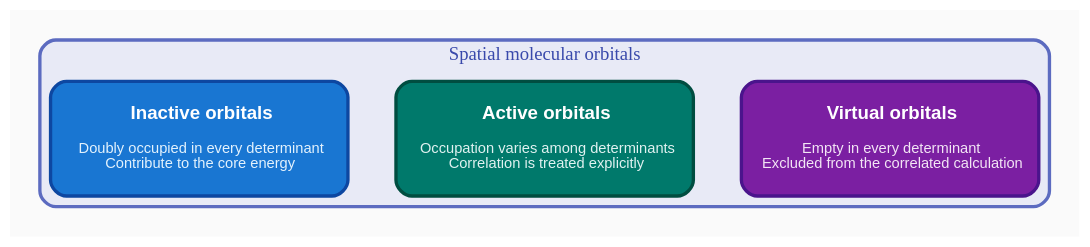
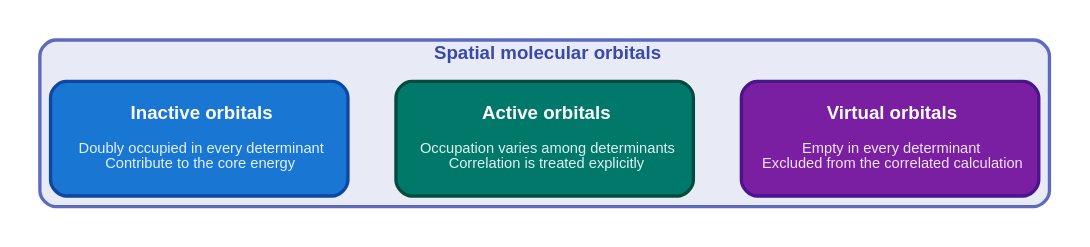
The diagram in docs/_static/diagrams/tutorial_qpe_orbital_partition.dot (microsoft/qdk-chemistry), drawn with Graphviz before and after one commit. The commit also changed 594 other files, not shown here.

```diff
--- a/docs/_static/diagrams/tutorial_qpe_orbital_partition.dot
+++ b/docs/_static/diagrams/tutorial_qpe_orbital_partition.dot
@@ -1,29 +1,29 @@
 digraph TutorialQpeOrbitalPartition {
     rankdir=LR;
     nodesep=0.45;
     overlap=false;
     pad=0.2;
-    bgcolor="#FAFAFA";
+    bgcolor="#FFFFFF";
 
     node [shape=box, style="rounded,filled", fontname="Arial", width=3.1, height=1.2, margin=0.2];
 
     subgraph cluster_orbitals {
-        label="Spatial molecular orbitals";
+        label=<<B>Spatial molecular orbitals</B>>;
         style="filled,rounded";
         fillcolor="#E8EAF6";
         color="#5C6BC0";
         penwidth=2.5;
         fontsize=14;
-        fontname="Arial Bold";
+        fontname="Arial";
         fontcolor="#3949AB";
         rank=same;
 
         Inactive [label=<<B>Inactive orbitals</B><BR/><BR/><FONT POINT-SIZE="11" COLOR="#E3F2FD">Doubly occupied in every determinant</FONT><BR/><FONT POINT-SIZE="11" COLOR="#E3F2FD">Contribute to the core energy</FONT>>, fillcolor="#1976D2", color="#0D47A1", penwidth=2.5, fontcolor="#FFFFFF"];
 
         Active [label=<<B>Active orbitals</B><BR/><BR/><FONT POINT-SIZE="11" COLOR="#E0F2F1">Occupation varies among determinants</FONT><BR/><FONT POINT-SIZE="11" COLOR="#E0F2F1">Correlation is treated explicitly</FONT>>, fillcolor="#00796B", color="#004D40", penwidth=2.5, fontcolor="#FFFFFF"];
 
         Virtual [label=<<B>Virtual orbitals</B><BR/><BR/><FONT POINT-SIZE="11" COLOR="#F3E5F5">Empty in every determinant</FONT><BR/><FONT POINT-SIZE="11" COLOR="#F3E5F5">Excluded from the correlated calculation</FONT>>, fillcolor="#7B1FA2", color="#4A148C", penwidth=2.5, fontcolor="#FFFFFF"];
 
         Inactive -> Active -> Virtual [style=invis, weight=10];
     }
 }
```
